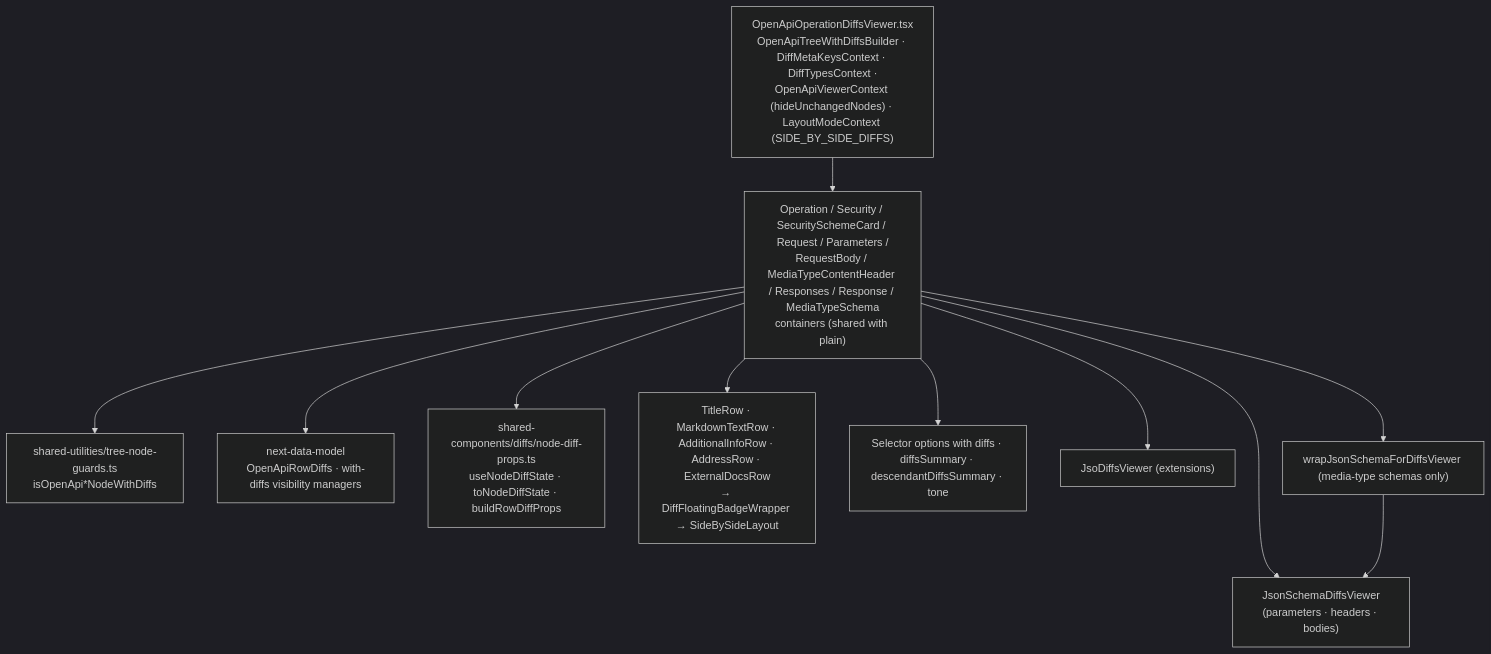
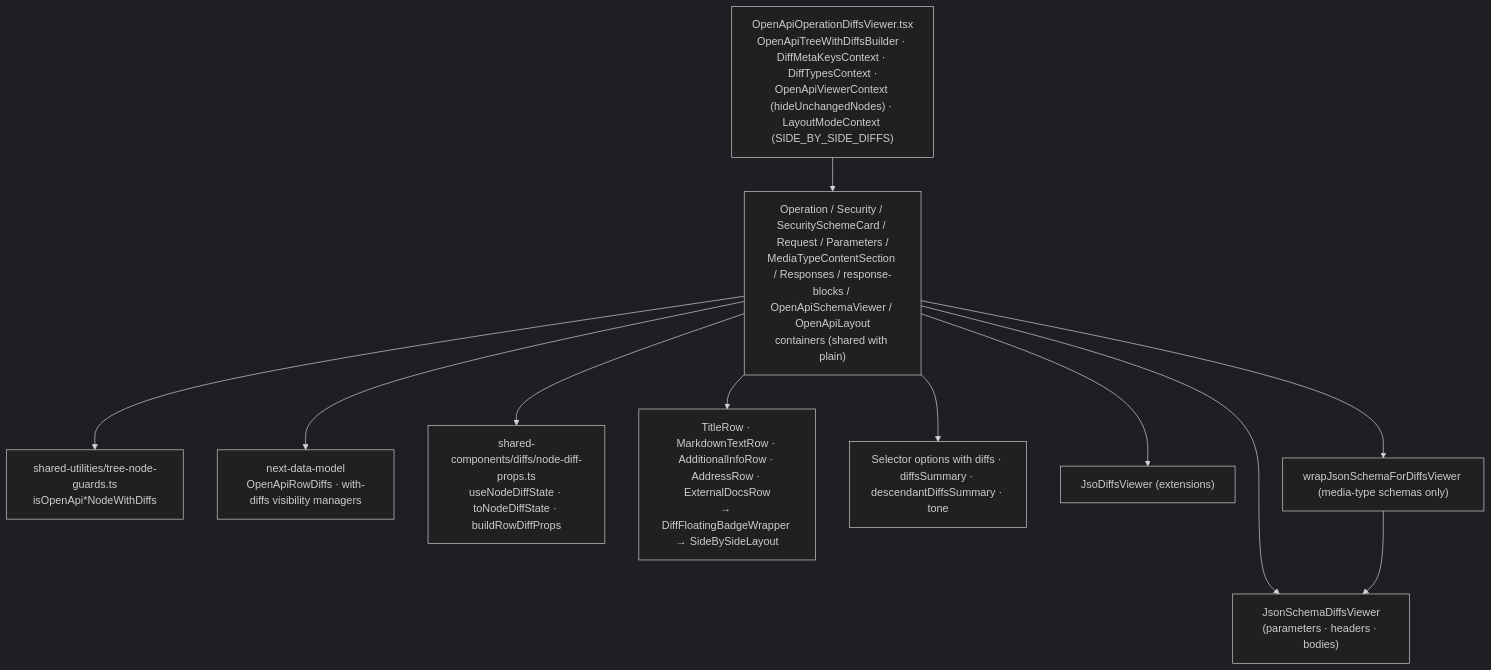
One commit to Netcracker/qubership-apihub-api-doc-viewer changed the diagram in docs/design/openapi/architecture/viewer-with-diffs.md. Above: the diagram before and after it, drawn with Mermaid (dark theme). The commit also changed 7 other files, not shown here.

````diff
--- a/docs/design/openapi/architecture/viewer-with-diffs.md
+++ b/docs/design/openapi/architecture/viewer-with-diffs.md
@@ -12,24 +12,24 @@
 ```mermaid
 flowchart TB
   RootD["OpenApiOperationDiffsViewer.tsx<br/>OpenApiTreeWithDiffsBuilder · DiffMetaKeysContext · DiffTypesContext ·<br/>OpenApiViewerContext (hideUnchangedNodes) · LayoutModeContext (SIDE_BY_SIDE_DIFFS)"]
-  Containers["Operation / Security / SecuritySchemeCard / Request / Parameters /<br/>RequestBody / MediaTypeContentHeader / Responses / Response / MediaTypeSchema<br/>containers (shared with plain)"]
+  Containers["Operation / Security / SecuritySchemeCard / Request / Parameters /<br/>MediaTypeContentSection / Responses / response-blocks / OpenApiSchemaViewer / OpenApiLayout<br/>containers (shared with plain)"]
   Guards["shared-utilities/tree-node-guards.ts<br/>isOpenApi*NodeWithDiffs"]
   RowDiffs["next-data-model<br/>OpenApiRowDiffs · with-diffs visibility managers"]
   DiffState["shared-components/diffs/node-diff-props.ts<br/>useNodeDiffState · toNodeDiffState · buildRowDiffProps"]
   Rows["TitleRow · MarkdownTextRow · AdditionalInfoRow · AddressRow · ExternalDocsRow<br/>→ DiffFloatingBadgeWrapper → SideBySideLayout"]
   Selectors["Selector options with diffs · diffsSummary · descendantDiffsSummary · tone"]
   JsonSchemaD["JsonSchemaDiffsViewer<br/>(parameters · headers · bodies)"]
   JsoD["JsoDiffsViewer (extensions)"]
   Wrap["wrapJsonSchemaForDiffsViewer (media-type schemas only)"]
 
   RootD --> Containers
   Containers --> Guards
   Containers --> RowDiffs
   Containers --> DiffState
   Containers --> Rows
   Containers --> Selectors
   Containers --> Wrap
   Containers --> JsonSchemaD
   Wrap --> JsonSchemaD
   Containers --> JsoD
 ```
````
